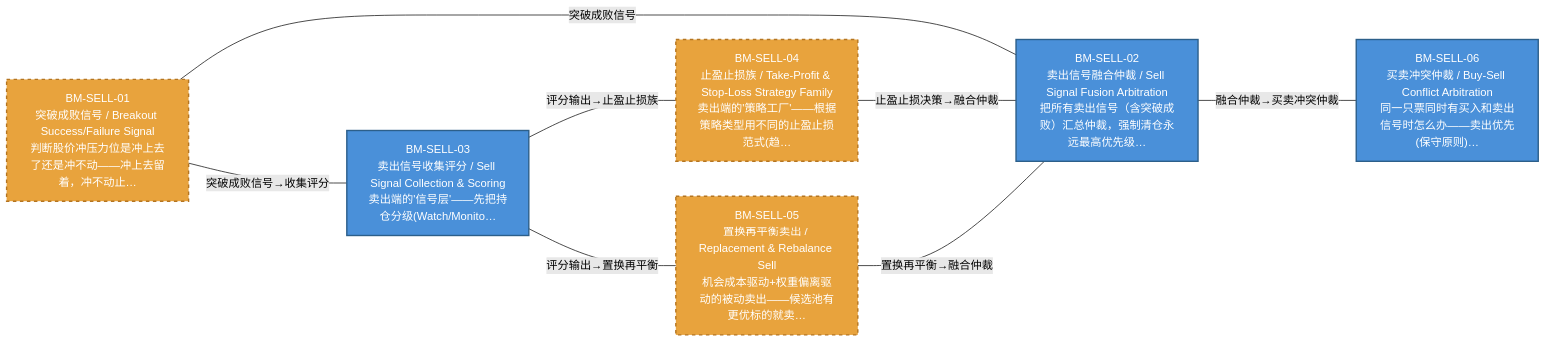
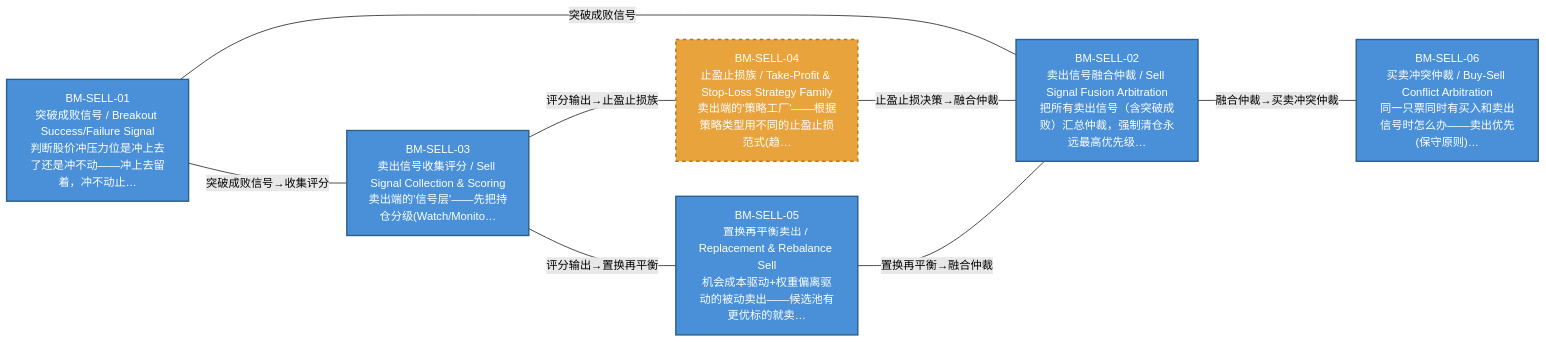
Before and after one commit to xuanFelixVan/ZephyrAlpha: the diagram in docs/02_enterprise_architecture/07_trading_decision_architecture/battle_map/battle_map_03_sell_flow.md, drawn with Mermaid (forest theme). The commit also changed other lines of this file and 9 other files, not shown here.

First line of the commit message:
feat(battle_map): 缺口2补完——§15时序/§1.7分布感知横切视图+定位书§三系统架构上下文

````diff
--- a/docs/02_enterprise_architecture/07_trading_decision_architecture/battle_map/battle_map_03_sell_flow.md
+++ b/docs/02_enterprise_architecture/07_trading_decision_architecture/battle_map/battle_map_03_sell_flow.md
@@ -15,22 +15,22 @@
 ```mermaid
 %% 卖出阶段图
 flowchart LR
-    BM_SELL_01["BM-SELL-01\n突破成败信号 / Breakout Success/Failure Signal\n判断股价冲压力位是冲上去了还是冲不动——冲上去留着，冲不动止…"]:::design
+    BM_SELL_01["BM-SELL-01\n突破成败信号 / Breakout Success/Failure Signal\n判断股价冲压力位是冲上去了还是冲不动——冲上去留着，冲不动止…"]:::production
     BM_SELL_02["BM-SELL-02\n卖出信号融合仲裁 / Sell Signal Fusion Arbitration\n把所有卖出信号（含突破成败）汇总仲裁，强制清仓永远最高优先级…"]:::production
     BM_SELL_03["BM-SELL-03\n卖出信号收集评分 / Sell Signal Collection & Scoring\n卖出端的'信号层'——先把持仓分级(Watch/Monito…"]:::production
     BM_SELL_04["BM-SELL-04\n止盈止损族 / Take-Profit & Stop-Loss Strategy Family\n卖出端的'策略工厂'——根据策略类型用不同的止盈止损范式(趋…"]:::design
-    BM_SELL_05["BM-SELL-05\n置换再平衡卖出 / Replacement & Rebalance Sell\n机会成本驱动+权重偏离驱动的被动卖出——候选池有更优标的就卖…"]:::design
+    BM_SELL_05["BM-SELL-05\n置换再平衡卖出 / Replacement & Rebalance Sell\n机会成本驱动+权重偏离驱动的被动卖出——候选池有更优标的就卖…"]:::production
     BM_SELL_06["BM-SELL-06\n买卖冲突仲裁 / Buy-Sell Conflict Arbitration\n同一只票同时有买入和卖出信号时怎么办——卖出优先(保守原则)…"]:::production
     BM_SELL_01 --- |突破成败信号| BM_SELL_02
     BM_SELL_01 --- |突破成败信号→收集评分| BM_SELL_03
     BM_SELL_03 --- |评分输出→止盈止损族| BM_SELL_04
     BM_SELL_03 --- |评分输出→置换再平衡| BM_SELL_05
     BM_SELL_04 --- |止盈止损决策→融合仲裁| BM_SELL_02
     BM_SELL_05 --- |置换再平衡→融合仲裁| BM_SELL_02
     BM_SELL_02 --- |融合仲裁→买卖冲突仲裁| BM_SELL_06
 classDef production fill:#4A90D9,stroke:#2C5F8A,color:#fff,stroke-width:2px;
 classDef design fill:#E8A33D,stroke:#B57520,color:#fff,stroke-width:2px,stroke-dasharray: 5 5;
 classDef deprecated fill:#D93636,stroke:#A02020,color:#fff,stroke-width:2px;
 classDef missing fill:#BBBBBB,stroke:#888888,color:#fff,stroke-width:2px;
 classDef candidate fill:#F4D03F,stroke:#B7950B,color:#000,stroke-width:2px;
 ```
````
